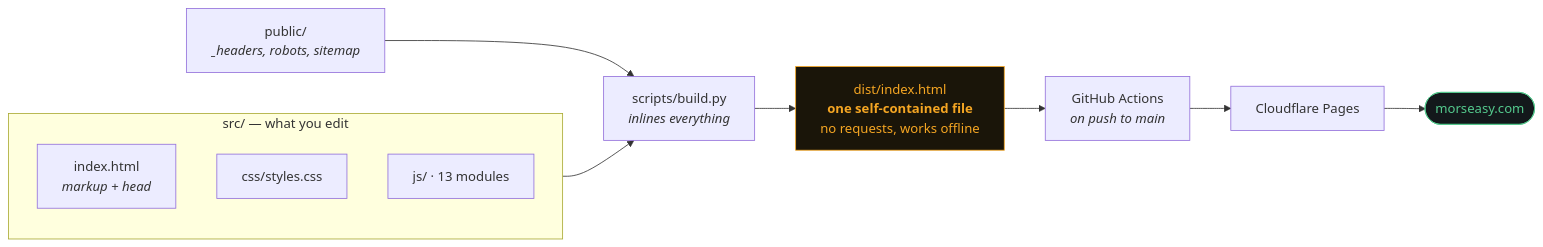
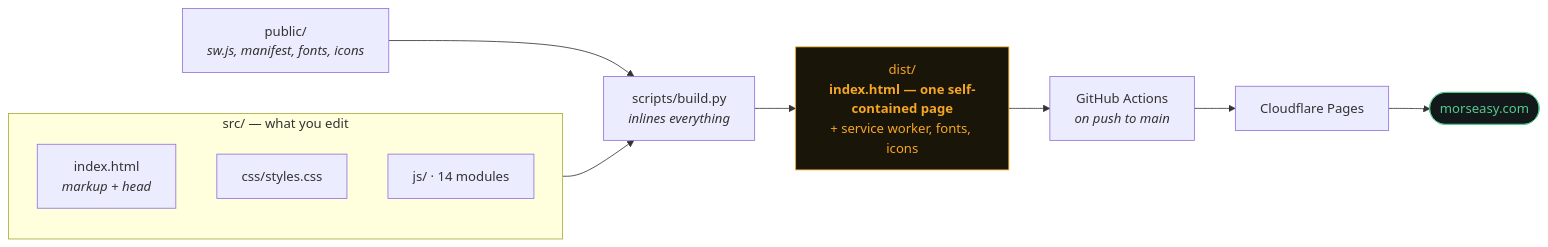
Before and after one commit to vandernunes/morseasy: the second of 2 diagrams in README.md, drawn with Mermaid. The commit also changed other lines of this file and 23 other files, not shown here.

````diff
--- a/README.md
+++ b/README.md
@@ -113,19 +129,19 @@
 ```mermaid
 flowchart LR
     subgraph SRC ["src/ — what you edit"]
         direction TB
         H["index.html<br/><i>markup + head</i>"]
         CSS["css/styles.css"]
-        JS["js/ · 13 modules"]
+        JS["js/ · 14 modules"]
     end
 
     SRC --> B["scripts/build.py<br/><i>inlines everything</i>"]
-    P["public/<br/><i>_headers, robots, sitemap</i>"] --> B
-    B --> D["dist/index.html<br/><b>one self-contained file</b><br/>no requests, works offline"]
+    P["public/<br/><i>sw.js, manifest, fonts, icons</i>"] --> B
+    B --> D["dist/<br/><b>index.html — one self-contained page</b><br/>+ service worker, fonts, icons"]
     D --> CI["GitHub Actions<br/><i>on push to main</i>"]
     CI --> CF["Cloudflare Pages"]
     CF --> DOM(["morseasy.com"])
 
     style D fill:#1A1509,stroke:#F5A623,color:#F5A623
     style DOM fill:#13181B,stroke:#54C98D,color:#54C98D
 ```
````
